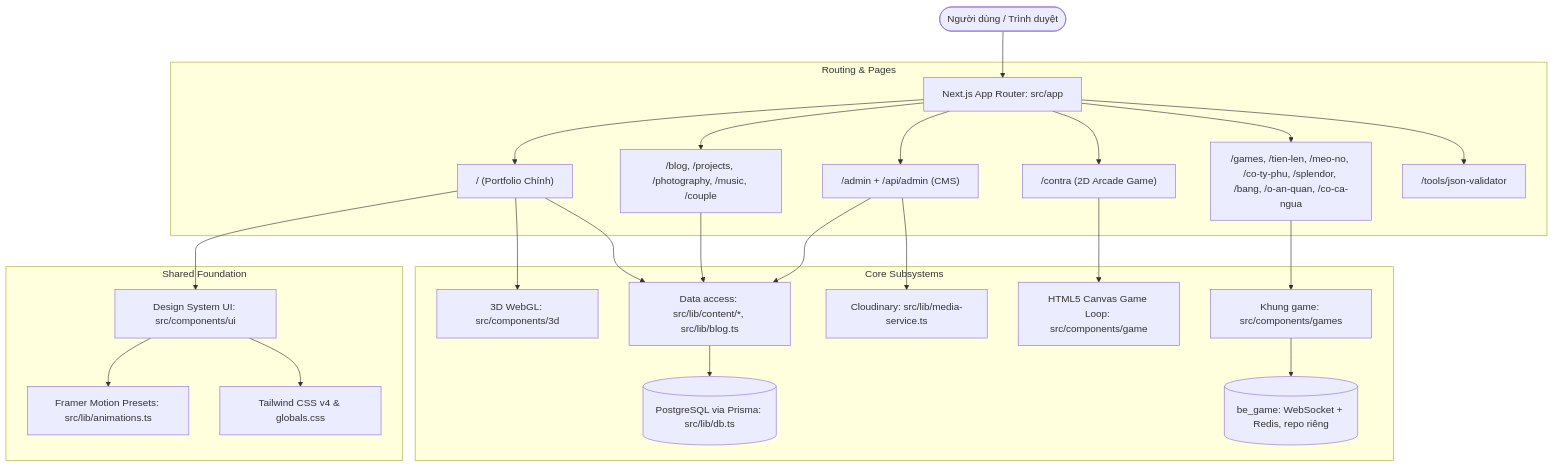
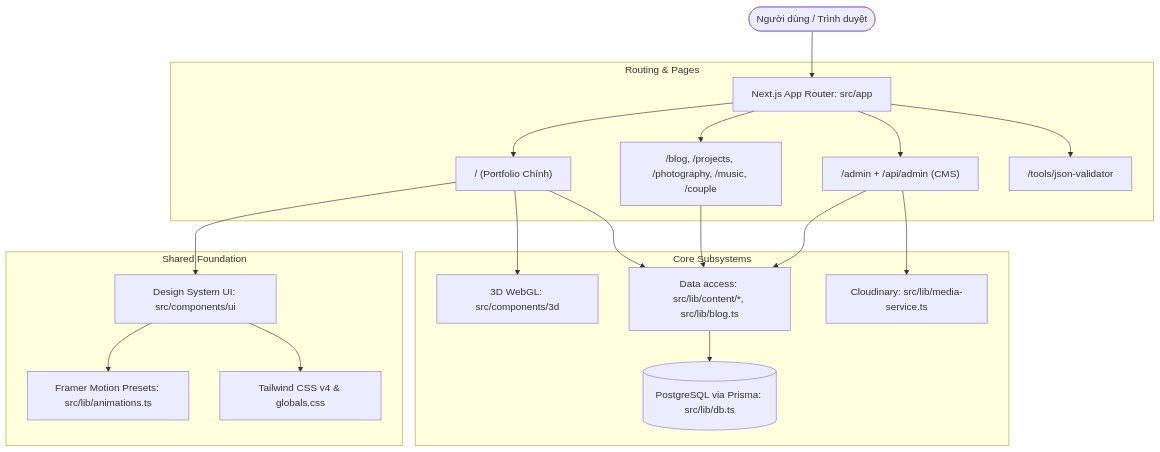
One commit to ThachHuynhIT/portfolio changed the first of 2 diagrams in docs/ARCHITECTURE.md. Above: the diagram before and after it, drawn with Mermaid. The commit also changed other lines of this file and 387 other files, not shown here.

````diff
--- a/docs/ARCHITECTURE.md
+++ b/docs/ARCHITECTURE.md
@@ -11,31 +11,26 @@
 ```mermaid
 graph TD
     User([Người dùng / Trình duyệt]) --> AppRouter[Next.js App Router: src/app]
 
     subgraph "Routing & Pages"
         AppRouter --> HomeRoute["/ (Portfolio Chính)"]
         AppRouter --> ContentRoutes["/blog, /projects, /photography, /music, /couple"]
         AppRouter --> AdminRoute["/admin + /api/admin (CMS)"]
-        AppRouter --> ContraRoute["/contra (2D Arcade Game)"]
-        AppRouter --> GamesRoute["/games, /tien-len, /meo-no, /co-ty-phu, /splendor, /bang, /o-an-quan, /co-ca-ngua"]
         AppRouter --> ToolRoute["/tools/json-validator"]
     end
 
     subgraph "Core Subsystems"
         HomeRoute --> ThreeEngine[3D WebGL: src/components/3d]
         HomeRoute --> ContentLib[Data access: src/lib/content/*, src/lib/blog.ts]
         ContentRoutes --> ContentLib
         AdminRoute --> ContentLib
         ContentLib --> DB[(PostgreSQL via Prisma: src/lib/db.ts)]
         AdminRoute --> Media[Cloudinary: src/lib/media-service.ts]
-        ContraRoute --> CanvasEngine[HTML5 Canvas Game Loop: src/components/game]
-        GamesRoute --> GamesShell[Khung game: src/components/games]
-        GamesShell --> BeGame[(be_game: WebSocket + Redis, repo riêng)]
     end
 
     subgraph "Shared Foundation"
         HomeRoute --> UIComp[Design System UI: src/components/ui]
         UIComp --> AnimLib[Framer Motion Presets: src/lib/animations.ts]
         UIComp --> Styling[Tailwind CSS v4 & globals.css]
     end
 ```
````
